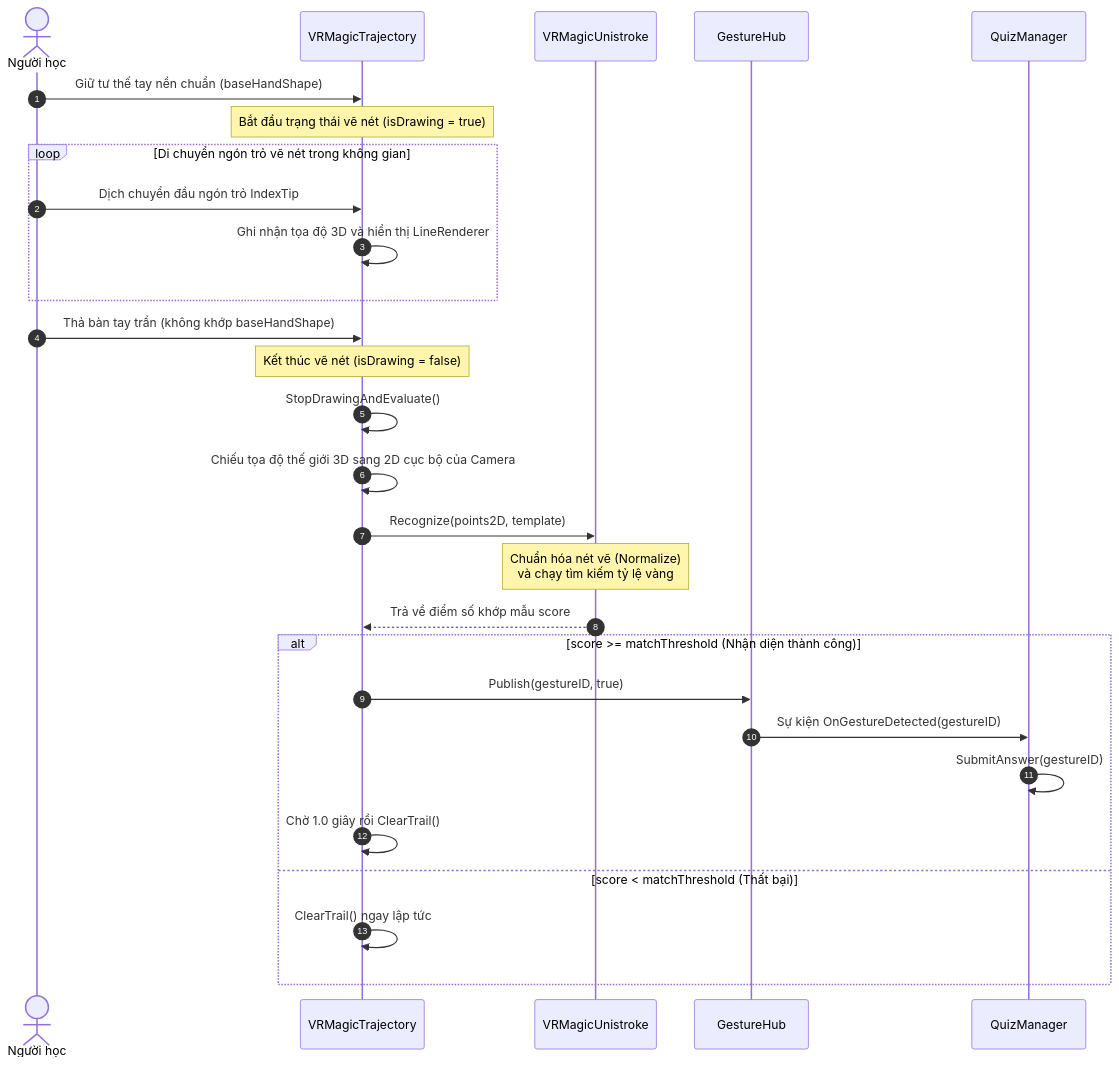
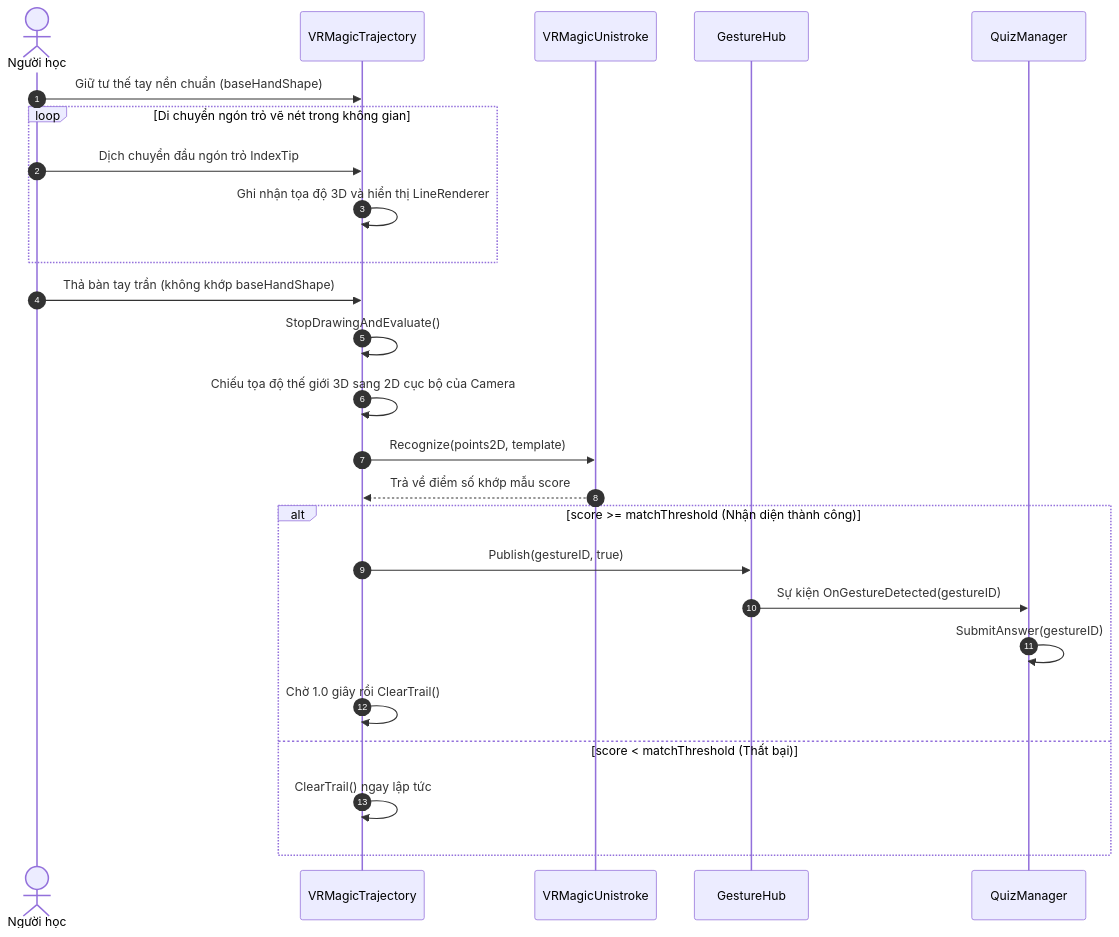
The seventh of 8 diagrams in docs/DATN/12-Chương_5_Các_giải_pháp_và_đóng_góp_nổi_bật.md (MinhTrinh04/ASL), drawn with Mermaid before and after one commit. The commit also changed other lines of this file, not shown here.

````diff
--- a/docs/DATN/12-Chương_5_Các_giải_pháp_và_đóng_góp_nổi_bật.md
+++ b/docs/DATN/12-Chương_5_Các_giải_pháp_và_đóng_góp_nổi_bật.md
@@ -435,31 +405,28 @@
 ```mermaid
 sequenceDiagram
     autonumber
     actor Player as Người học
     participant VT as VRMagicTrajectory
     participant VU as VRMagicUnistroke
     participant GH as GestureHub
     participant QM as QuizManager
 
     Player->>VT: Giữ tư thế tay nền chuẩn (baseHandShape)
-    Note over VT: Bắt đầu trạng thái vẽ nét (isDrawing = true)
     loop Di chuyển ngón trỏ vẽ nét trong không gian
         Player->>VT: Dịch chuyển đầu ngón trỏ IndexTip
         VT->>VT: Ghi nhận tọa độ 3D và hiển thị LineRenderer
     end
     Player->>VT: Thả bàn tay trần (không khớp baseHandShape)
-    Note over VT: Kết thúc vẽ nét (isDrawing = false)
     VT->>VT: StopDrawingAndEvaluate()
     VT->>VT: Chiếu tọa độ thế giới 3D sang 2D cục bộ của Camera
     VT->>VU: Recognize(points2D, template)
-    Note over VU: Chuẩn hóa nét vẽ (Normalize)<br/>và chạy tìm kiếm tỷ lệ vàng
     VU-->>VT: Trả về điểm số khớp mẫu score
     alt score >= matchThreshold (Nhận diện thành công)
         VT->>GH: Publish(gestureID, true)
         GH->>QM: Sự kiện OnGestureDetected(gestureID)
         QM->>QM: SubmitAnswer(gestureID)
         VT->>VT: Chờ 1.0 giây rồi ClearTrail()
     else score < matchThreshold (Thất bại)
         VT->>VT: ClearTrail() ngay lập tức
     end
 ```
````
